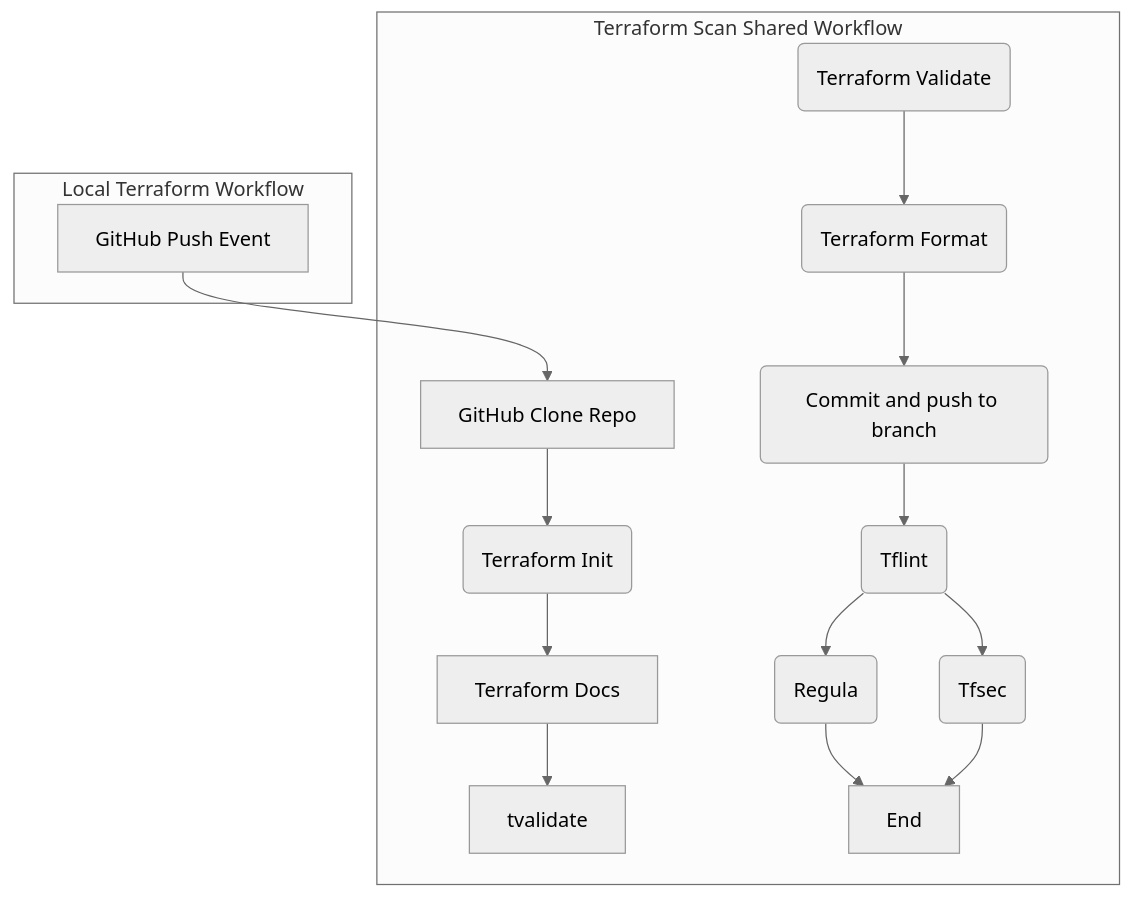
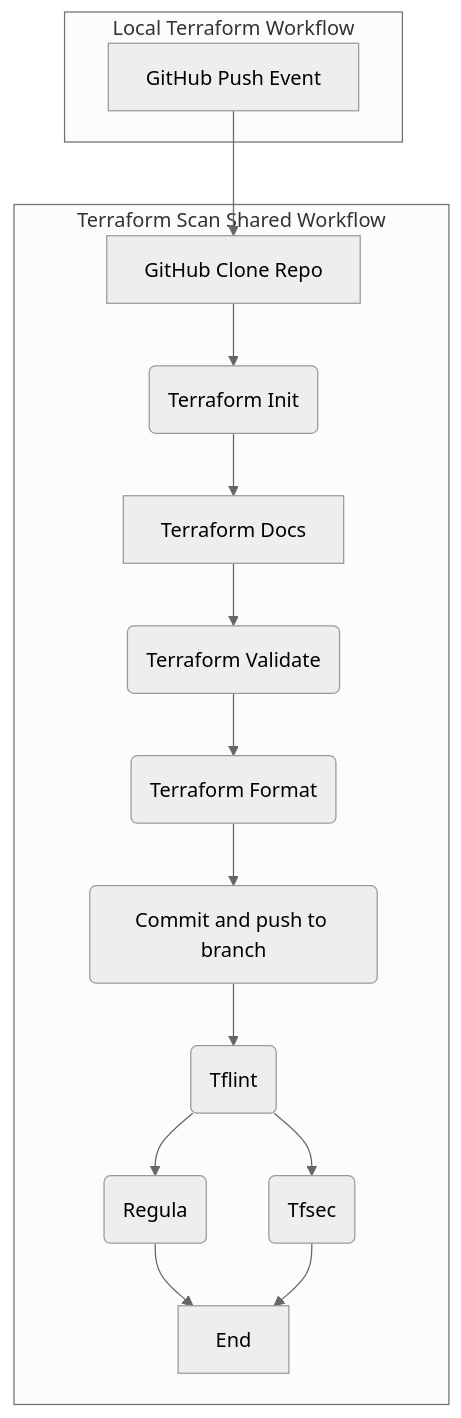
Before and after one commit to defenseunicorns/uds-common-workflows: the diagram in documents/terraform/lint-and-scan.md, drawn with Mermaid (neutral theme).

````diff
--- a/documents/terraform/lint-and-scan.md
+++ b/documents/terraform/lint-and-scan.md
@@ -68,22 +68,22 @@
 ```mermaid
 flowchart TB
   subgraph "Local Terraform Workflow"
     push[GitHub Push Event]
   end
 
 
   subgraph "Terraform Scan Shared Workflow"
     push --> clone[GitHub Clone Repo]
     clone --> tfinit(Terraform Init)
     tfinit --> tfdoc[Terraform Docs]
-    tfdoc --> tvalidate
+    tfdoc --> validate
     validate(Terraform Validate) --> fmt(Terraform Format)
     fmt --> inlinecommit(Commit and push to branch)
     inlinecommit --> tflint
     tflint(Tflint) --> tfsec(Tfsec)
     tflint --> regula(Regula)
     regula --> End
     tfsec --> End
   end
 
 ```
````
